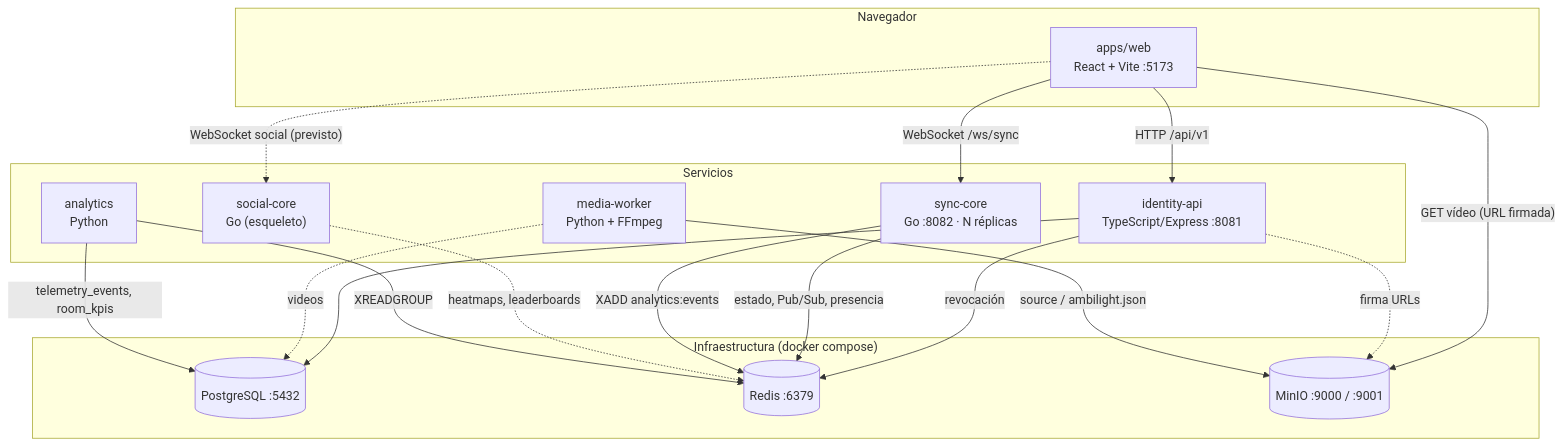
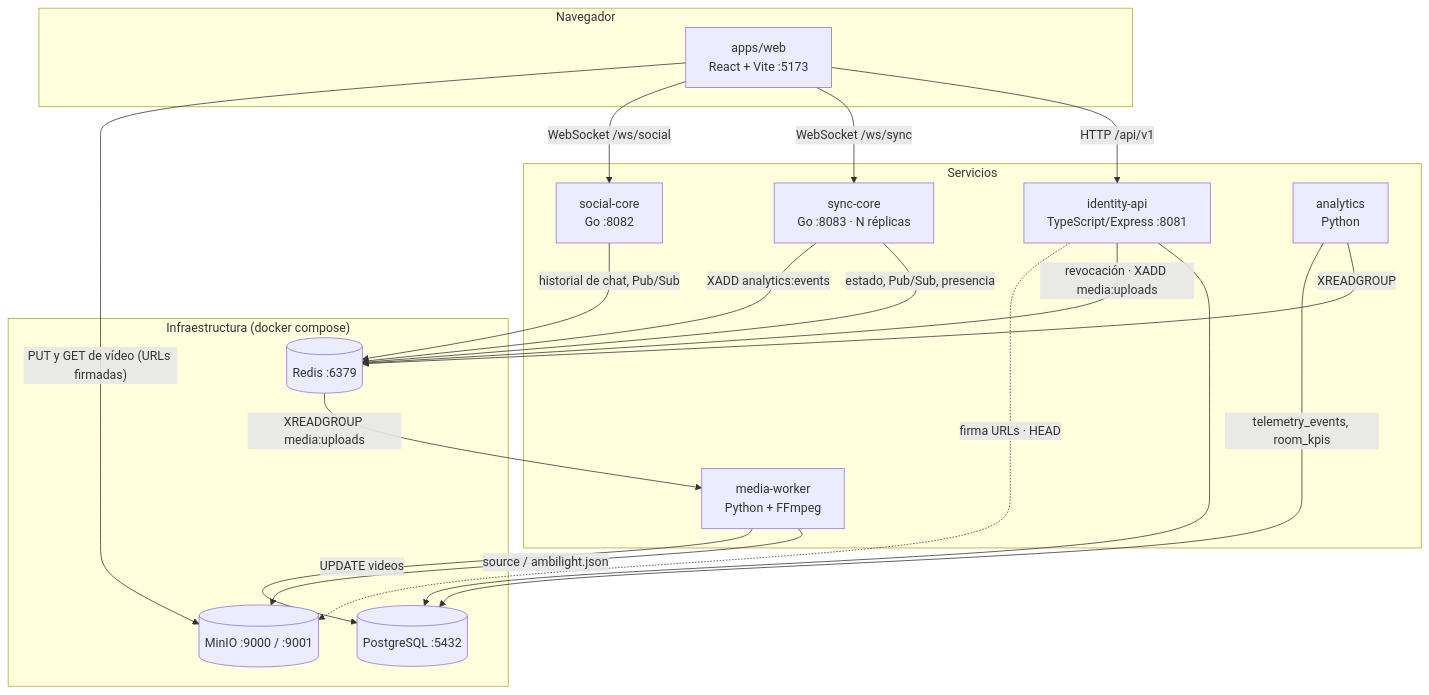
One commit to N1ghtlyC0de/TINT changed the second of 3 diagrams in docs/arquitectura.md. Above: the diagram before and after it, drawn with Mermaid. The commit also changed other lines of this file and 5 other files, not shown here.

First line of the commit message:
docs: flujo completo de vídeo, C4, Redis y ERD de todas las tablas

````diff
--- a/docs/arquitectura.md
+++ b/docs/arquitectura.md
@@ -23,35 +23,36 @@
 ```mermaid
 flowchart TB
     subgraph cliente["Navegador"]
         WEB["apps/web<br/>React + Vite :5173"]
     end
 
     subgraph servicios["Servicios"]
         ID["identity-api<br/>TypeScript/Express :8081"]
-        SYNC["sync-core<br/>Go :8082 · N réplicas"]
-        SOCIAL["social-core<br/>Go (esqueleto)"]
+        SYNC["sync-core<br/>Go :8083 · N réplicas"]
+        SOCIAL["social-core<br/>Go :8082"]
         MEDIA["media-worker<br/>Python + FFmpeg"]
         AN["analytics<br/>Python"]
     end
 
     subgraph datos["Infraestructura (docker compose)"]
         PG[("PostgreSQL :5432")]
         RD[("Redis :6379")]
         MI[("MinIO :9000 / :9001")]
     end
 
     WEB -- "HTTP /api/v1" --> ID
     WEB -- "WebSocket /ws/sync" --> SYNC
-    WEB -. "WebSocket social (previsto)" .-> SOCIAL
-    WEB -- "GET vídeo (URL firmada)" --> MI
+    WEB -- "WebSocket /ws/social" --> SOCIAL
+    WEB -- "PUT y GET de vídeo (URLs firmadas)" --> MI
     ID --> PG
-    ID -- "revocación" --> RD
-    ID -. "firma URLs" .-> MI
+    ID -- "revocación · XADD media:uploads" --> RD
+    ID -. "firma URLs · HEAD" .-> MI
     SYNC -- "estado, Pub/Sub, presencia" --> RD
     SYNC -- "XADD analytics:events" --> RD
-    SOCIAL -. "heatmaps, leaderboards" .-> RD
+    SOCIAL -- "historial de chat, Pub/Sub" --> RD
+    RD -- "XREADGROUP media:uploads" --> MEDIA
     MEDIA -- "source / ambilight.json" --> MI
-    MEDIA -. "videos" .-> PG
+    MEDIA -- "UPDATE videos" --> PG
     AN -- "XREADGROUP" --> RD
     AN -- "telemetry_events, room_kpis" --> PG
 ```
````
